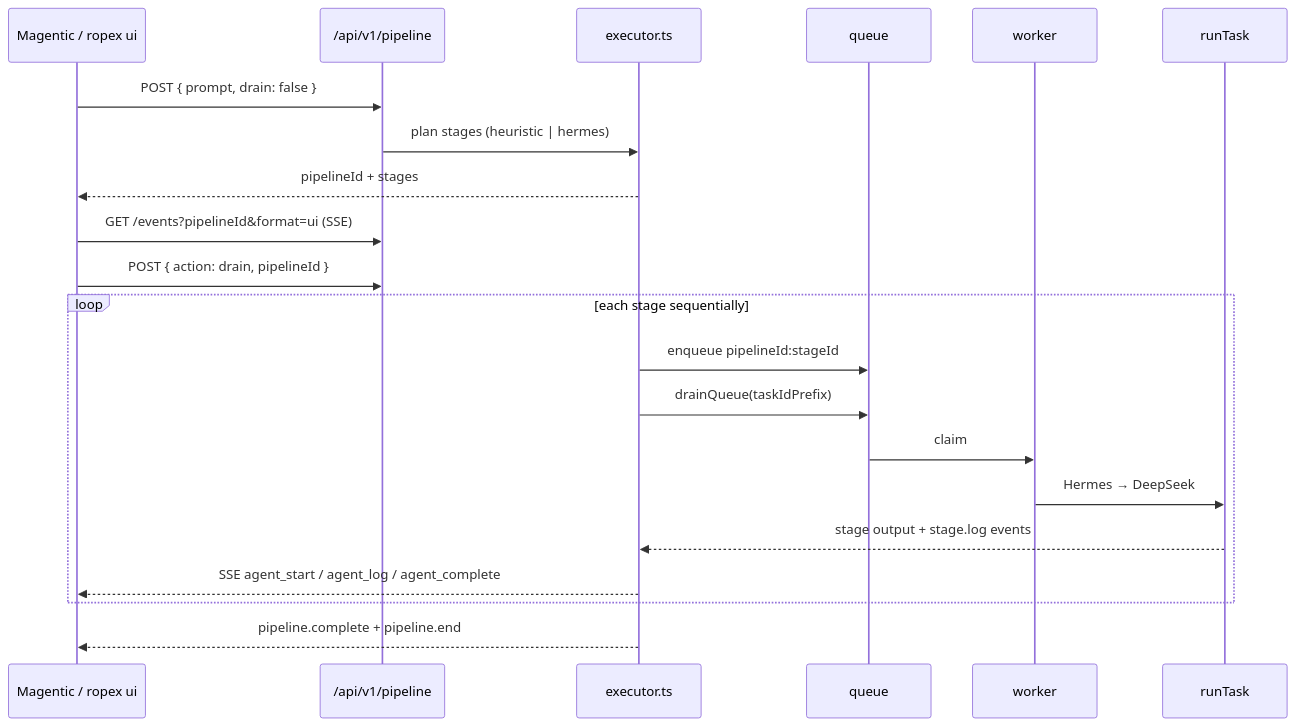
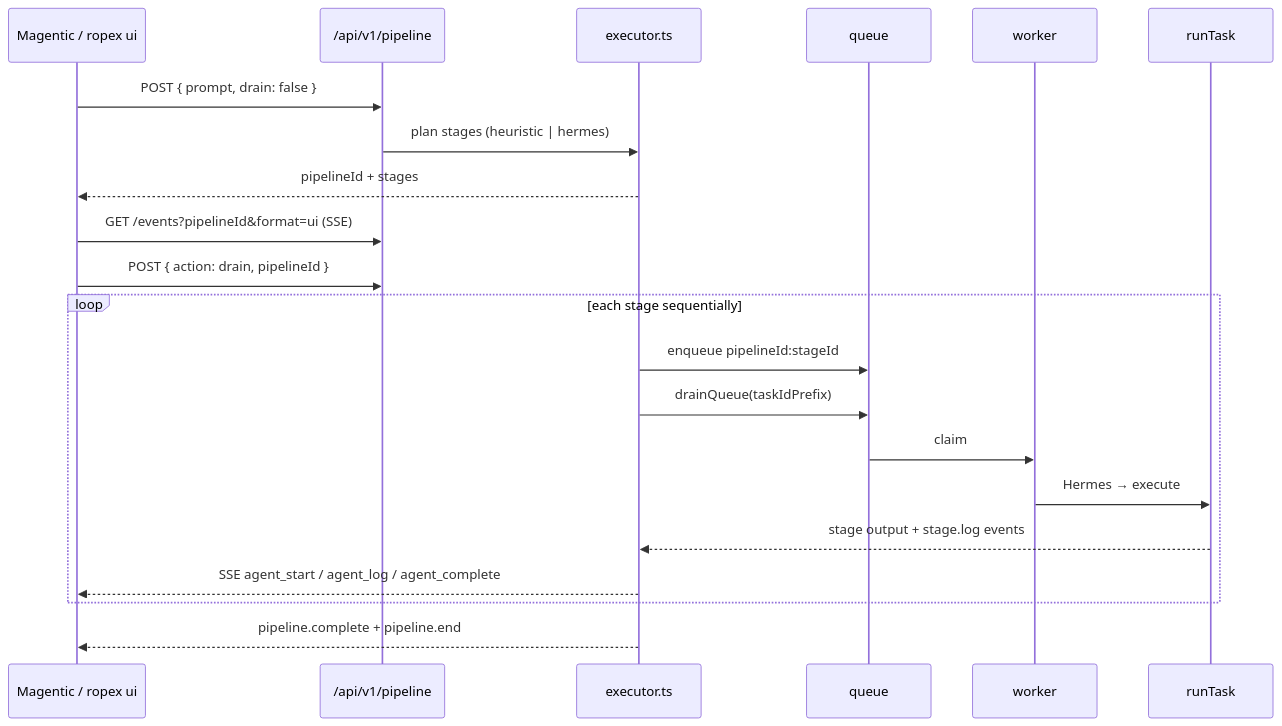
One commit to amirsdream/ropex changed the seventh of 12 diagrams in docs/architecture.md. Above: the diagram before and after it, drawn with Mermaid. The commit also changed other lines of this file and 6 other files, not shown here.

First line of the commit message:
docs: describe the pluggable execute stage across architecture docs

````diff
--- a/docs/architecture.md
+++ b/docs/architecture.md
@@ -254,24 +254,24 @@
 ```mermaid
 sequenceDiagram
   participant UI as Magentic / ropex ui
   participant API as /api/v1/pipeline
   participant EXEC as executor.ts
   participant Q as queue
   participant W as worker
   participant RT as runTask
 
   UI->>API: POST { prompt, drain: false }
   API->>EXEC: plan stages (heuristic | hermes)
   EXEC-->>UI: pipelineId + stages
   UI->>API: GET /events?pipelineId&format=ui (SSE)
   UI->>API: POST { action: drain, pipelineId }
   loop each stage sequentially
     EXEC->>Q: enqueue pipelineId:stageId
     EXEC->>Q: drainQueue(taskIdPrefix)
     Q->>W: claim
-    W->>RT: Hermes → DeepSeek
+    W->>RT: Hermes → execute
     RT-->>EXEC: stage output + stage.log events
     EXEC-->>UI: SSE agent_start / agent_log / agent_complete
   end
   EXEC-->>UI: pipeline.complete + pipeline.end
 ```
````
